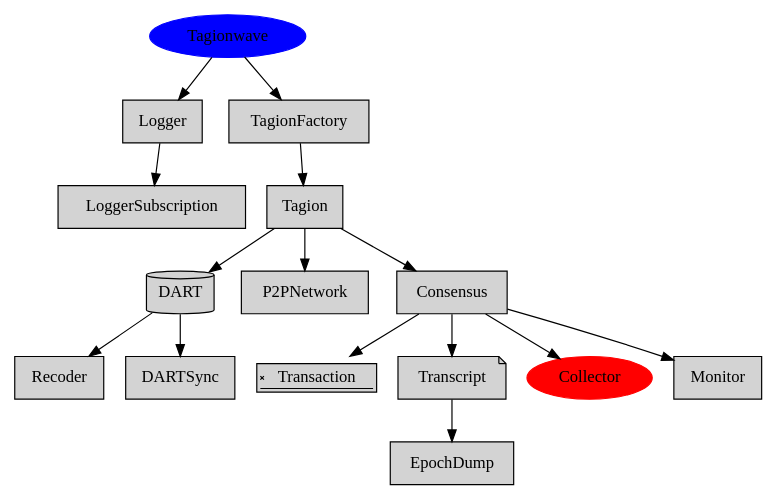
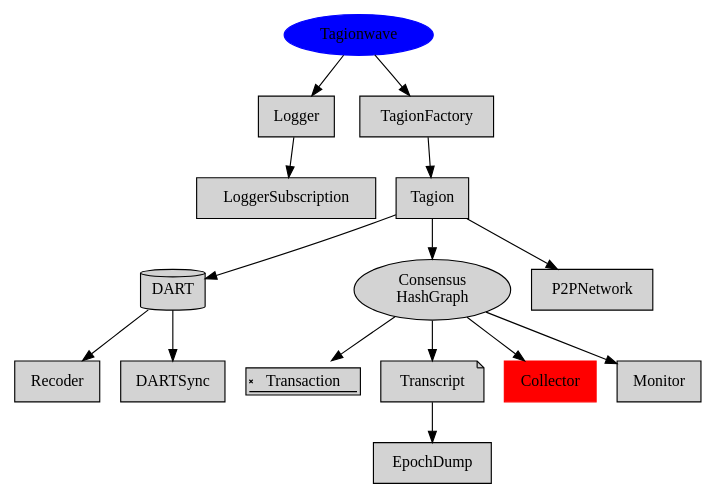
One commit to tagion/tagion changed the third of 4 diagrams in documents/Network_Architecture.md. Above: the diagram before and after it, drawn with Graphviz. The commit also changed other lines of this file and 16 other files, not shown here.

````diff
--- a/documents/Network_Architecture.md
+++ b/documents/Network_Architecture.md
@@ -102,26 +102,26 @@
 ```graphviz
 digraph tagion_hierarchy {
     rankdir=UD;
     size="8,5"
    node [style=filled]
 Tagionwave [color=blue]
 DART [shape = cylinder]
 Transaction [shape = signature]
 Transcript [shape = note]
-Collector [color=red]
+Collector [color=red shape=rect]
+Consensus [label="Consensus\nHashGraph"]
 node [shape = rect];
 	Tagionwave -> Logger -> LoggerSubscription;
 	Tagionwave -> TagionFactory;
 	TagionFactory -> Tagion;
 	Tagion -> P2PNetwork ;
-	P2PNetwork;
 	DART -> Recoder;
 	Tagion -> DART -> DARTSync;
     Tagion -> Consensus;
 	Consensus -> Transaction;
 	Consensus -> Transcript;
 	Consensus -> Collector;
 	Transcript -> EpochDump;
 	Consensus -> Monitor;
 }
 ```
````
